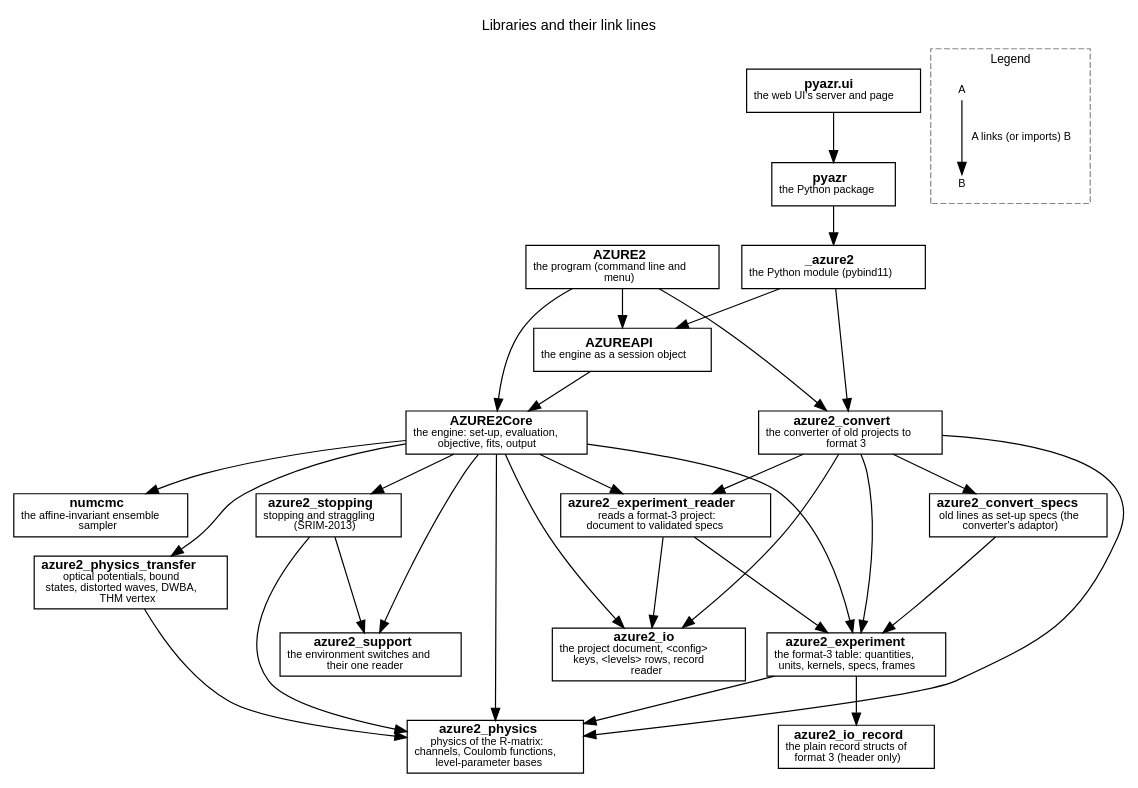
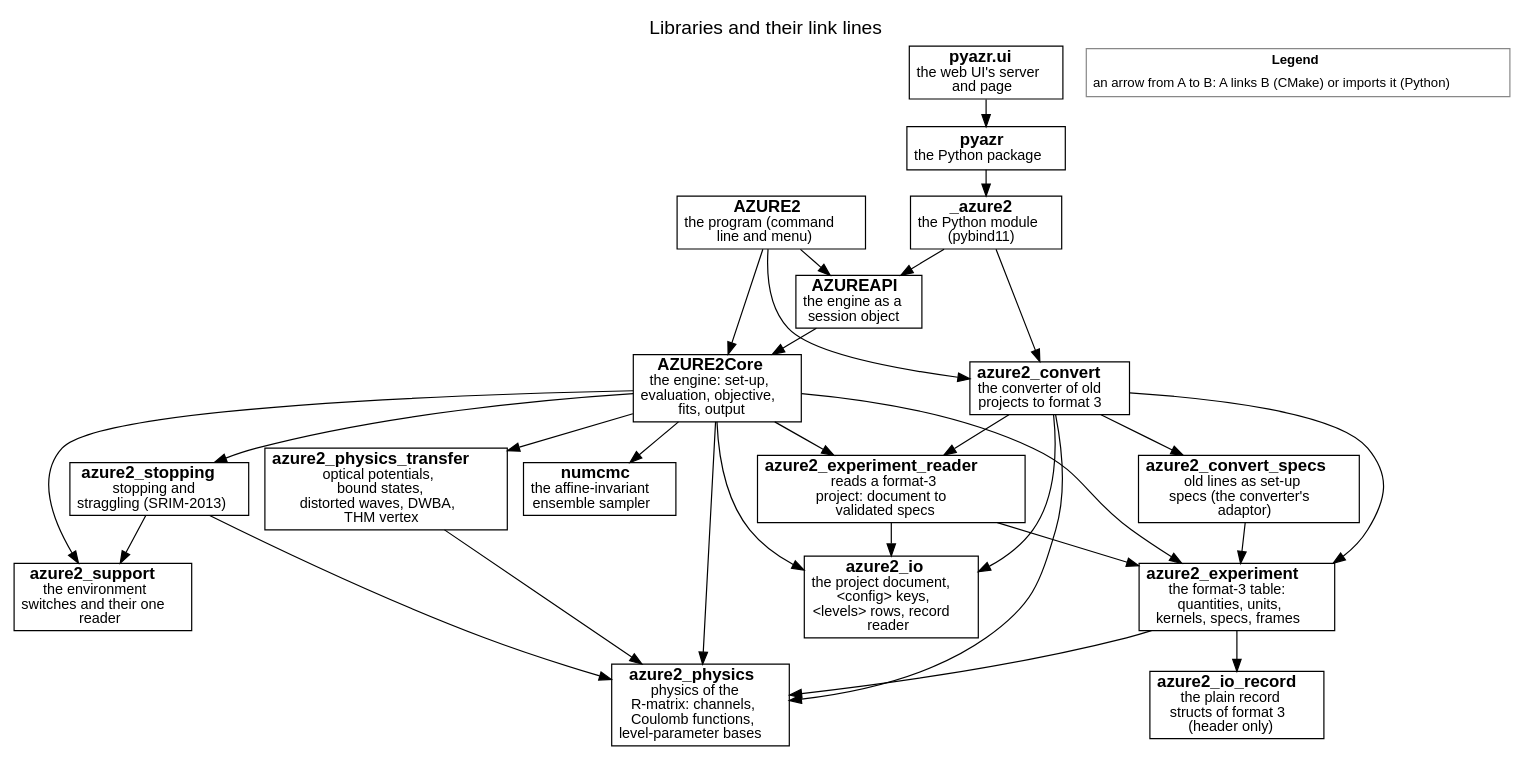
One commit to AZURE2DEV/AZURE2 changed the diagram in docs/source/developer/figures/libraries.dot. Above: the diagram before and after it, drawn with Graphviz. The commit also changed 11 other files, not shown here.

```diff
--- a/docs/source/developer/figures/libraries.dot
+++ b/docs/source/developer/figures/libraries.dot
@@ -1,57 +1,52 @@
 digraph libraries {
-  graph [rankdir=TB, fontname="Helvetica", fontsize=12, labelloc=t, label="Libraries and their link lines", nodesep=0.25, ranksep=0.45, newrank=true];
-  node [fontname="Helvetica", fontsize=11, margin="0.08,0.04"];
-  edge [fontname="Helvetica", fontsize=9];
-  n_azure2_support [label=<<b>azure2_support</b><br/><font point-size="9">the environment switches and<br/>their one reader</font>>, shape=box, style="filled", fillcolor="white"];
-  n_azure2_physics [label=<<b>azure2_physics</b><br/><font point-size="9">physics of the R-matrix:<br/>channels, Coulomb functions,<br/>level-parameter bases</font>>, shape=box, style="filled", fillcolor="white"];
-  n_azure2_physics_transfer [label=<<b>azure2_physics_transfer</b><br/><font point-size="9">optical potentials, bound<br/>states, distorted waves, DWBA,<br/>THM vertex</font>>, shape=box, style="filled", fillcolor="white"];
-  n_azure2_io [label=<<b>azure2_io</b><br/><font point-size="9">the project document, &lt;config&gt;<br/>keys, &lt;levels&gt; rows, record<br/>reader</font>>, shape=box, style="filled", fillcolor="white"];
-  n_azure2_io_record [label=<<b>azure2_io_record</b><br/><font point-size="9">the plain record structs of<br/>format 3 (header only)</font>>, shape=box, style="filled", fillcolor="white"];
-  n_azure2_stopping [label=<<b>azure2_stopping</b><br/><font point-size="9">stopping and straggling<br/>(SRIM-2013)</font>>, shape=box, style="filled", fillcolor="white"];
-  n_azure2_experiment [label=<<b>azure2_experiment</b><br/><font point-size="9">the format-3 table: quantities,<br/>units, kernels, specs, frames</font>>, shape=box, style="filled", fillcolor="white"];
-  n_azure2_experiment_reader [label=<<b>azure2_experiment_reader</b><br/><font point-size="9">reads a format-3 project:<br/>document to validated specs</font>>, shape=box, style="filled", fillcolor="white"];
-  n_azure2_convert_specs [label=<<b>azure2_convert_specs</b><br/><font point-size="9">old lines as set-up specs (the<br/>converter&#x27;s adaptor)</font>>, shape=box, style="filled", fillcolor="white"];
-  n_azure2_convert [label=<<b>azure2_convert</b><br/><font point-size="9">the converter of old projects to<br/>format 3</font>>, shape=box, style="filled", fillcolor="white"];
-  n_numcmc [label=<<b>numcmc</b><br/><font point-size="9">the affine-invariant ensemble<br/>sampler</font>>, shape=box, style="filled", fillcolor="white"];
-  n_AZURE2Core [label=<<b>AZURE2Core</b><br/><font point-size="9">the engine: set-up, evaluation,<br/>objective, fits, output</font>>, shape=box, style="filled", fillcolor="white"];
-  n_AZUREAPI [label=<<b>AZUREAPI</b><br/><font point-size="9">the engine as a session object</font>>, shape=box, style="filled", fillcolor="white"];
-  n_AZURE2 [label=<<b>AZURE2</b><br/><font point-size="9">the program (command line and<br/>menu)</font>>, shape=box, style="filled", fillcolor="white"];
-  n__azure2 [label=<<b>_azure2</b><br/><font point-size="9">the Python module (pybind11)</font>>, shape=box, style="filled", fillcolor="white"];
-  n_pyazr [label=<<b>pyazr</b><br/><font point-size="9">the Python package</font>>, shape=box, style="filled", fillcolor="white"];
-  n_pyazr_ui [label=<<b>pyazr.ui</b><br/><font point-size="9">the web UI&#x27;s server and page</font>>, shape=box, style="filled", fillcolor="white"];
+  graph [rankdir=TB, fontname="Helvetica", fontsize=16, labelloc=t, label="Libraries and their link lines", nodesep=0.18, ranksep=0.3, newrank=true];
+  node [fontname="Helvetica", fontsize=14, margin="0.08,0.04"];
+  edge [fontname="Helvetica", fontsize=12];
+  n_azure2_support [label=<<b>azure2_support</b><br/><font point-size="12">the environment<br/>switches and their one<br/>reader</font>>, shape=box, style="filled", fillcolor="white"];
+  n_azure2_physics [label=<<b>azure2_physics</b><br/><font point-size="12">physics of the<br/>R-matrix: channels,<br/>Coulomb functions,<br/>level-parameter bases</font>>, shape=box, style="filled", fillcolor="white"];
+  n_azure2_physics_transfer [label=<<b>azure2_physics_transfer</b><br/><font point-size="12">optical potentials,<br/>bound states,<br/>distorted waves, DWBA,<br/>THM vertex</font>>, shape=box, style="filled", fillcolor="white"];
+  n_azure2_io [label=<<b>azure2_io</b><br/><font point-size="12">the project document,<br/>&lt;config&gt; keys,<br/>&lt;levels&gt; rows, record<br/>reader</font>>, shape=box, style="filled", fillcolor="white"];
+  n_azure2_io_record [label=<<b>azure2_io_record</b><br/><font point-size="12">the plain record<br/>structs of format 3<br/>(header only)</font>>, shape=box, style="filled", fillcolor="white"];
+  n_azure2_stopping [label=<<b>azure2_stopping</b><br/><font point-size="12">stopping and<br/>straggling (SRIM-2013)</font>>, shape=box, style="filled", fillcolor="white"];
+  n_azure2_experiment [label=<<b>azure2_experiment</b><br/><font point-size="12">the format-3 table:<br/>quantities, units,<br/>kernels, specs, frames</font>>, shape=box, style="filled", fillcolor="white"];
+  n_azure2_experiment_reader [label=<<b>azure2_experiment_reader</b><br/><font point-size="12">reads a format-3<br/>project: document to<br/>validated specs</font>>, shape=box, style="filled", fillcolor="white"];
+  n_azure2_convert_specs [label=<<b>azure2_convert_specs</b><br/><font point-size="12">old lines as set-up<br/>specs (the converter&#x27;s<br/>adaptor)</font>>, shape=box, style="filled", fillcolor="white"];
+  n_azure2_convert [label=<<b>azure2_convert</b><br/><font point-size="12">the converter of old<br/>projects to format 3</font>>, shape=box, style="filled", fillcolor="white"];
+  n_numcmc [label=<<b>numcmc</b><br/><font point-size="12">the affine-invariant<br/>ensemble sampler</font>>, shape=box, style="filled", fillcolor="white"];
+  n_AZURE2Core [label=<<b>AZURE2Core</b><br/><font point-size="12">the engine: set-up,<br/>evaluation, objective,<br/>fits, output</font>>, shape=box, style="filled", fillcolor="white"];
+  n_AZUREAPI [label=<<b>AZUREAPI</b><br/><font point-size="12">the engine as a<br/>session object</font>>, shape=box, style="filled", fillcolor="white"];
+  n_AZURE2 [label=<<b>AZURE2</b><br/><font point-size="12">the program (command<br/>line and menu)</font>>, shape=box, style="filled", fillcolor="white"];
+  n__azure2 [label=<<b>_azure2</b><br/><font point-size="12">the Python module<br/>(pybind11)</font>>, shape=box, style="filled", fillcolor="white"];
+  n_pyazr [label=<<b>pyazr</b><br/><font point-size="12">the Python package</font>>, shape=box, style="filled", fillcolor="white"];
+  n_pyazr_ui [label=<<b>pyazr.ui</b><br/><font point-size="12">the web UI&#x27;s server<br/>and page</font>>, shape=box, style="filled", fillcolor="white"];
   n_azure2_physics_transfer -> n_azure2_physics [style=solid, arrowhead=normal];
   n_azure2_stopping -> n_azure2_physics [style=solid, arrowhead=normal];
   n_azure2_stopping -> n_azure2_support [style=solid, arrowhead=normal];
   n_azure2_experiment -> n_azure2_physics [style=solid, arrowhead=normal];
   n_azure2_experiment -> n_azure2_io_record [style=solid, arrowhead=normal];
   n_azure2_experiment_reader -> n_azure2_experiment [style=solid, arrowhead=normal];
   n_azure2_experiment_reader -> n_azure2_io [style=solid, arrowhead=normal];
   n_azure2_convert_specs -> n_azure2_experiment [style=solid, arrowhead=normal];
   n_azure2_convert -> n_azure2_io [style=solid, arrowhead=normal];
   n_azure2_convert -> n_azure2_experiment [style=solid, arrowhead=normal];
   n_azure2_convert -> n_azure2_experiment_reader [style=solid, arrowhead=normal];
   n_azure2_convert -> n_azure2_physics [style=solid, arrowhead=normal];
   n_azure2_convert -> n_azure2_convert_specs [style=solid, arrowhead=normal];
   n_AZURE2Core -> n_azure2_support [style=solid, arrowhead=normal];
   n_AZURE2Core -> n_azure2_physics [style=solid, arrowhead=normal];
   n_AZURE2Core -> n_azure2_physics_transfer [style=solid, arrowhead=normal];
   n_AZURE2Core -> n_azure2_stopping [style=solid, arrowhead=normal];
   n_AZURE2Core -> n_azure2_io [style=solid, arrowhead=normal];
   n_AZURE2Core -> n_azure2_experiment [style=solid, arrowhead=normal];
   n_AZURE2Core -> n_azure2_experiment_reader [style=solid, arrowhead=normal];
   n_AZURE2Core -> n_numcmc [style=solid, arrowhead=normal];
   n_AZUREAPI -> n_AZURE2Core [style=solid, arrowhead=normal];
   n_AZURE2 -> n_AZUREAPI [style=solid, arrowhead=normal];
   n_AZURE2 -> n_AZURE2Core [style=solid, arrowhead=normal];
   n_AZURE2 -> n_azure2_convert [style=solid, arrowhead=normal];
   n__azure2 -> n_AZUREAPI [style=solid, arrowhead=normal];
   n__azure2 -> n_azure2_convert [style=solid, arrowhead=normal];
   n_pyazr -> n__azure2 [style=solid, arrowhead=normal];
   n_pyazr_ui -> n_pyazr [style=solid, arrowhead=normal];
-  subgraph cluster_legend {
-    label="Legend"; fontsize=10; style=dashed; color="#888888";
-    node [fontname="Helvetica", fontsize=9, width=0.2, height=0.2];
-    lA [shape=plaintext, label="A"]; lB [shape=plaintext, label="B"];
-    lA -> lB [style=solid, arrowhead=normal, label=" A links (or imports) B", fontsize=9, fontname="Helvetica"];
-  }
+  legend [shape=plaintext, fontsize=11, label=<<TABLE BORDER="1" CELLBORDER="0" CELLSPACING="2" COLOR="#888888"><TR><TD><B>Legend</B></TD></TR><TR><TD ALIGN="LEFT">an arrow from A to B: A links B (CMake) or imports it (Python)</TD></TR></TABLE>>];
 }
```
